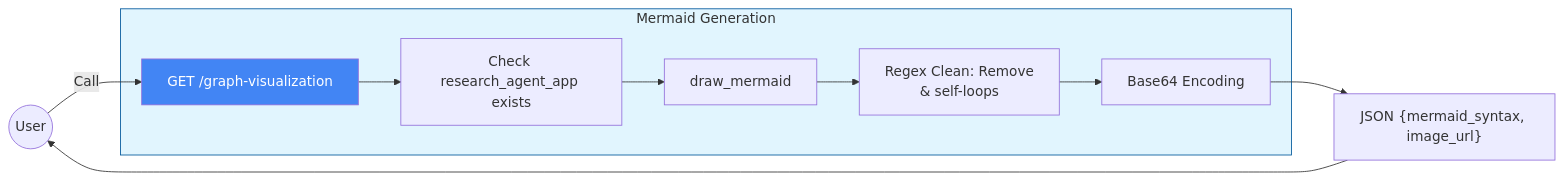
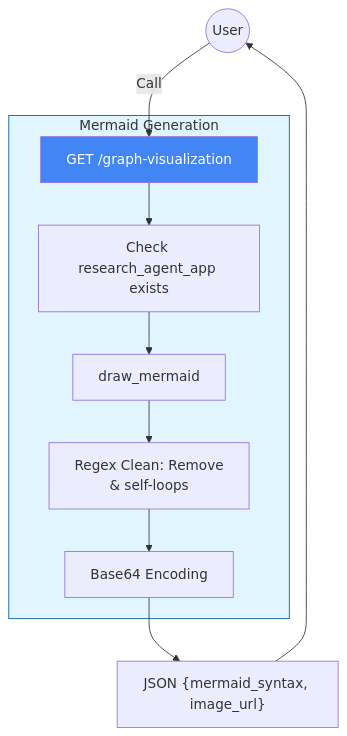
One commit to abhisakh/ResearchLLM_MultiAgent_LangGraph_RagGraph changed diagram 27 of 28 in README.md. Above: the diagram before and after it, drawn with Mermaid.

````diff
--- a/README.md
+++ b/README.md
@@ -2850,17 +2850,17 @@
 ```mermaid
-graph LR
+graph TD
     User((User)) -->|Call| Viz[GET /graph-visualization]
     
     subgraph Logic [Mermaid Generation]
         Viz --> Check[Check research_agent_app exists]
         Check --> Raw[draw_mermaid]
         Raw --> Sanitize["Regex Clean: Remove <p> & self-loops"]
         Sanitize --> Encode[Base64 Encoding]
     end
 
     Encode --> Final["JSON {mermaid_syntax, image_url}"]
     Final --> User
 
     style Viz fill:#4285F4,color:#fff
     style Logic fill:#e1f5fe,stroke:#01579b
 ```
````
